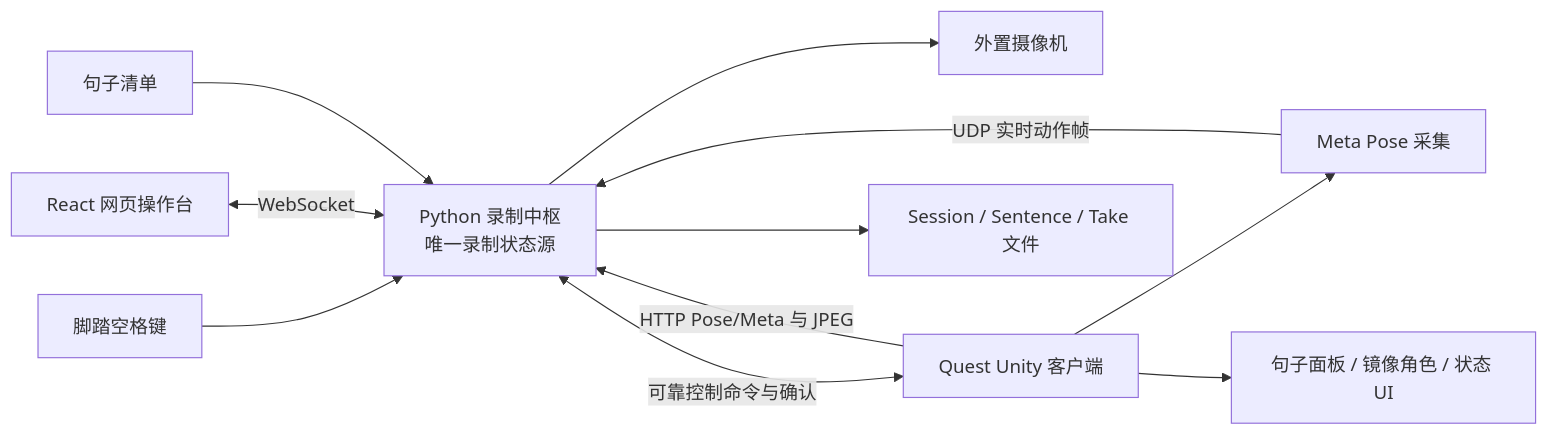
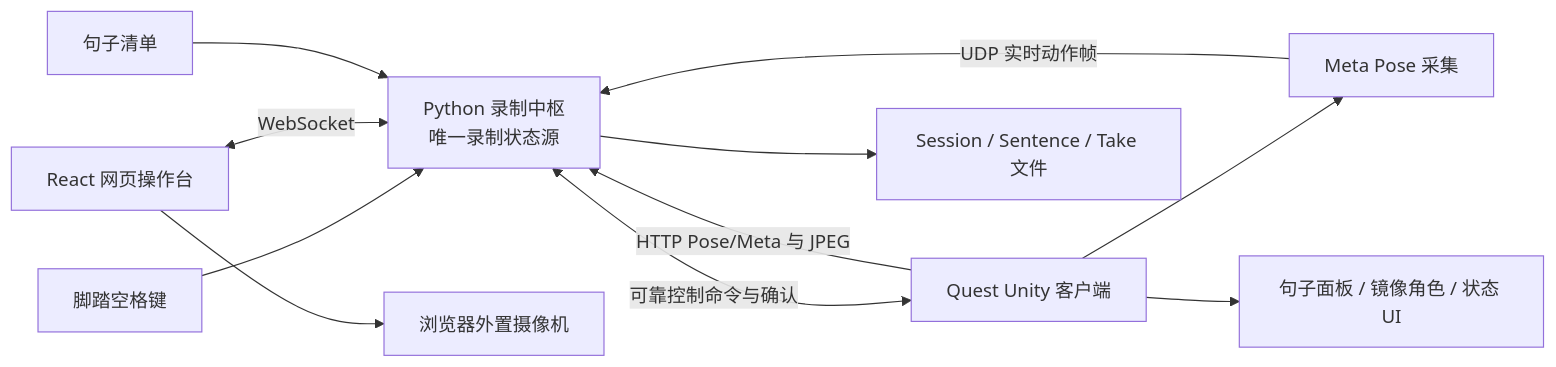
One commit to Lceoliu/VR-Sign-Record-System changed the first of 2 diagrams in Docs/VR-Sign-Capture-System-Design.md. Above: the diagram before and after it, drawn with Mermaid. The commit also changed other lines of this file, not shown here.

```diff
--- a/Docs/VR-Sign-Capture-System-Design.md
+++ b/Docs/VR-Sign-Capture-System-Design.md
@@ -113,13 +115,13 @@
 ~~~mermaid
 flowchart LR
     K["脚踏空格键"] --> P["Python 录制中枢<br/>唯一录制状态源"]
     R["React 网页操作台"] <-->|"WebSocket"| P
     L["句子清单"] --> P
-    P --> C["外置摄像机"]
+    R --> C["浏览器外置摄像机"]
     P <-->|"可靠控制命令与确认"| Q["Quest Unity 客户端"]
     Q --> M["Meta Pose 采集"]
     M -->|"UDP 实时动作帧"| P
     Q -->|"HTTP Pose/Meta 与 JPEG"| P
     P --> D["Session / Sentence / Take 文件"]
     Q --> V["句子面板 / 镜像角色 / 状态 UI"]
 ~~~
```
